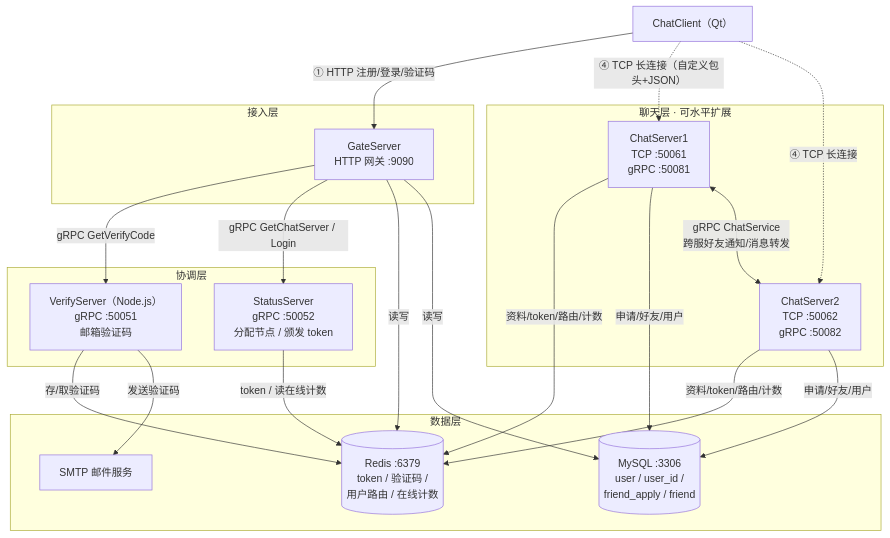
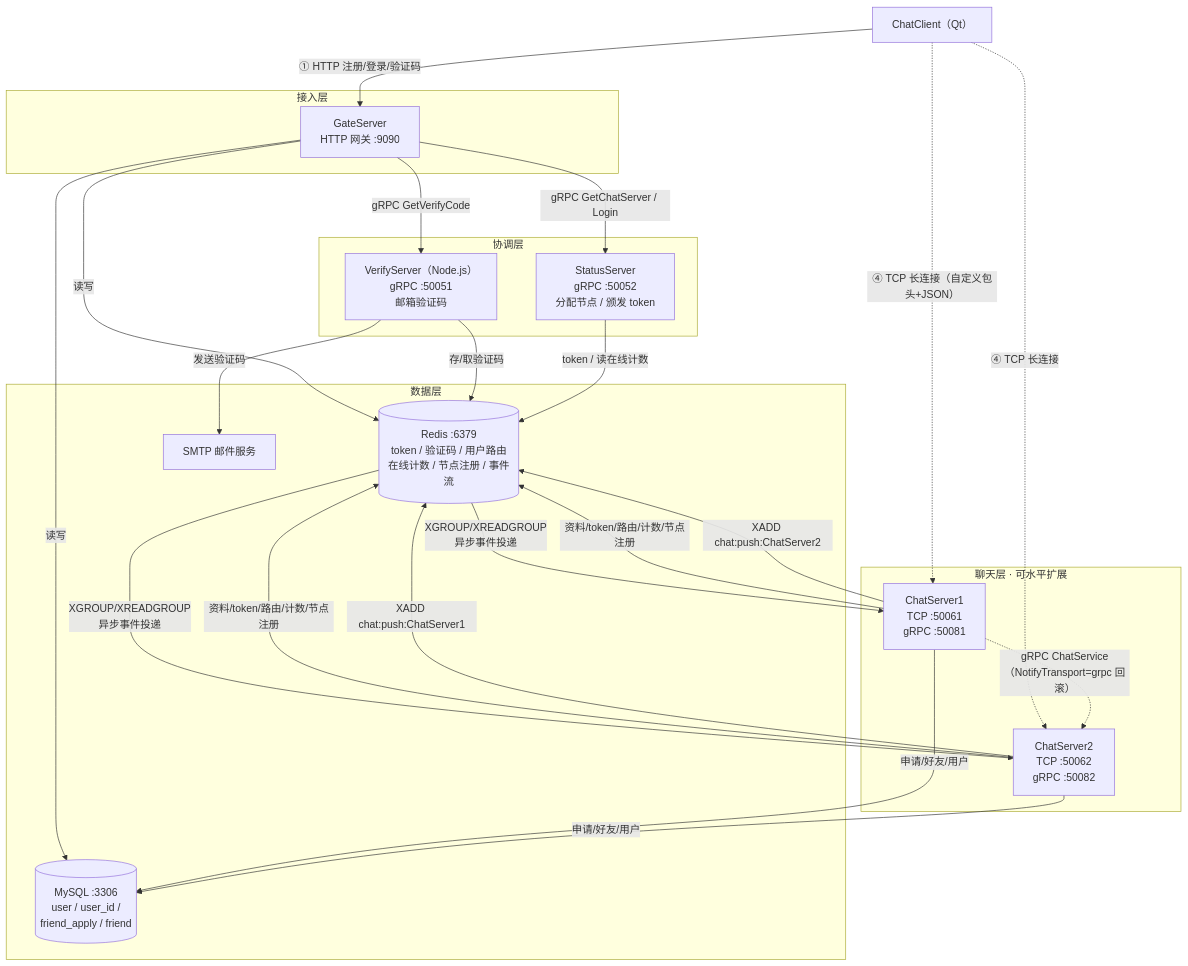
One commit to codeT2001/MyChat changed the diagram in Servers/README.md. Above: the diagram before and after it, drawn with Mermaid. The commit also changed other lines of this file and 41 other files, not shown here.

````diff
--- a/Servers/README.md
+++ b/Servers/README.md
@@ -31,44 +31,48 @@
 ```mermaid
 graph TB
     Client["ChatClient（Qt）"]
 
     subgraph accessLayer ["接入层"]
         Gate["GateServer<br/>HTTP 网关 :9090"]
     end
 
     subgraph coordLayer ["协调层"]
         Status["StatusServer<br/>gRPC :50052<br/>分配节点 / 颁发 token"]
         Verify["VerifyServer（Node.js）<br/>gRPC :50051<br/>邮箱验证码"]
     end
 
     subgraph chatLayer ["聊天层 · 可水平扩展"]
         Chat1["ChatServer1<br/>TCP :50061<br/>gRPC :50081"]
         Chat2["ChatServer2<br/>TCP :50062<br/>gRPC :50082"]
     end
 
     subgraph dataLayer ["数据层"]
-        Redis[("Redis :6379<br/>token / 验证码 /<br/>用户路由 / 在线计数")]
+        Redis[("Redis :6379<br/>token / 验证码 / 用户路由<br/>在线计数 / 节点注册 / 事件流")]
         MySQL[("MySQL :3306<br/>user / user_id /<br/>friend_apply / friend")]
         Mail["SMTP 邮件服务"]
     end
 
     Client -- "① HTTP 注册/登录/验证码" --> Gate
     Client -. "④ TCP 长连接（自定义包头+JSON）" .-> Chat1
     Client -. "④ TCP 长连接" .-> Chat2
 
     Gate -- "gRPC GetVerifyCode" --> Verify
     Gate -- "gRPC GetChatServer / Login" --> Status
     Gate -- 读写 --> Redis
     Gate -- 读写 --> MySQL
 
     Verify -- 存/取验证码 --> Redis
     Verify -- 发送验证码 --> Mail
 
     Status -- token / 读在线计数 --> Redis
 
-    Chat1 -- 资料/token/路由/计数 --> Redis
-    Chat2 -- 资料/token/路由/计数 --> Redis
+    Chat1 -- 资料/token/路由/计数/节点注册 --> Redis
+    Chat2 -- 资料/token/路由/计数/节点注册 --> Redis
     Chat1 -- 申请/好友/用户 --> MySQL
     Chat2 -- 申请/好友/用户 --> MySQL
-    Chat1 <-->|"gRPC ChatService<br/>跨服好友通知/消息转发"| Chat2
+    Chat1 -- "XADD chat:push:ChatServer2" --> Redis
+    Chat2 -- "XADD chat:push:ChatServer1" --> Redis
+    Redis -- "XGROUP/XREADGROUP<br/>异步事件投递" --> Chat1
+    Redis -- "XGROUP/XREADGROUP<br/>异步事件投递" --> Chat2
+    Chat1 -.->|"gRPC ChatService（NotifyTransport=grpc 回滚）"| Chat2
 ```
````
